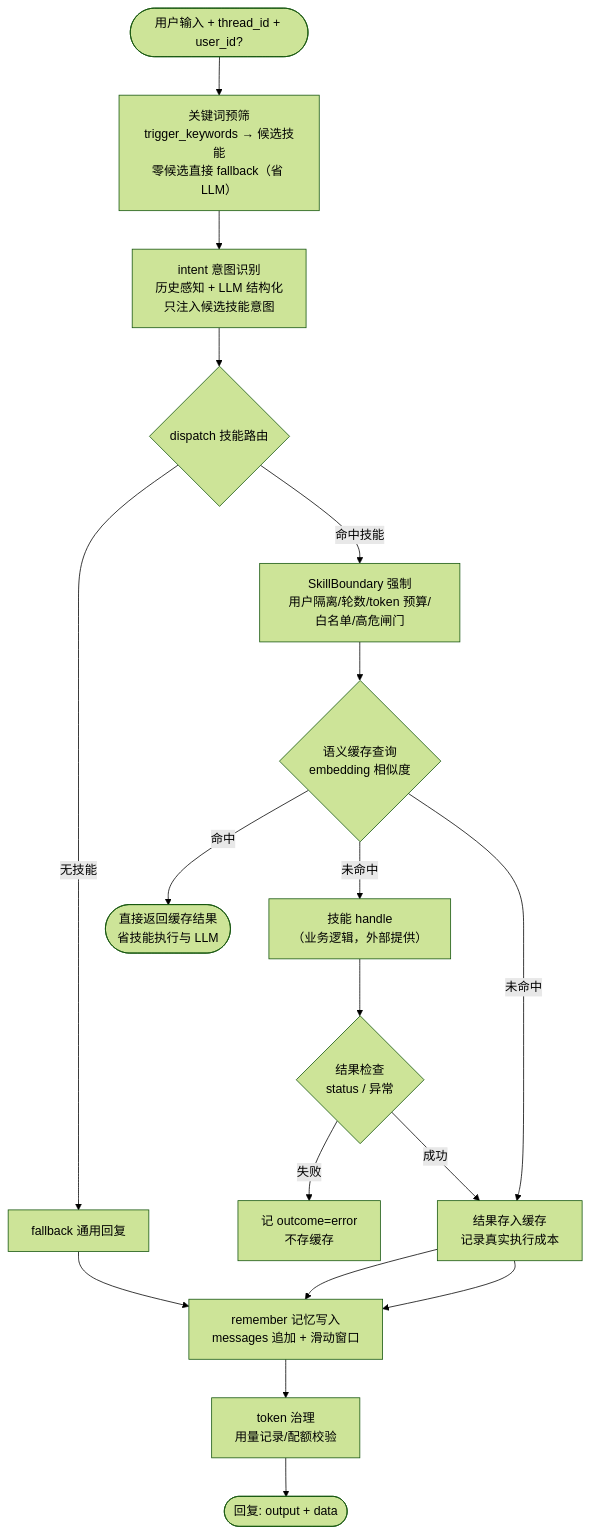
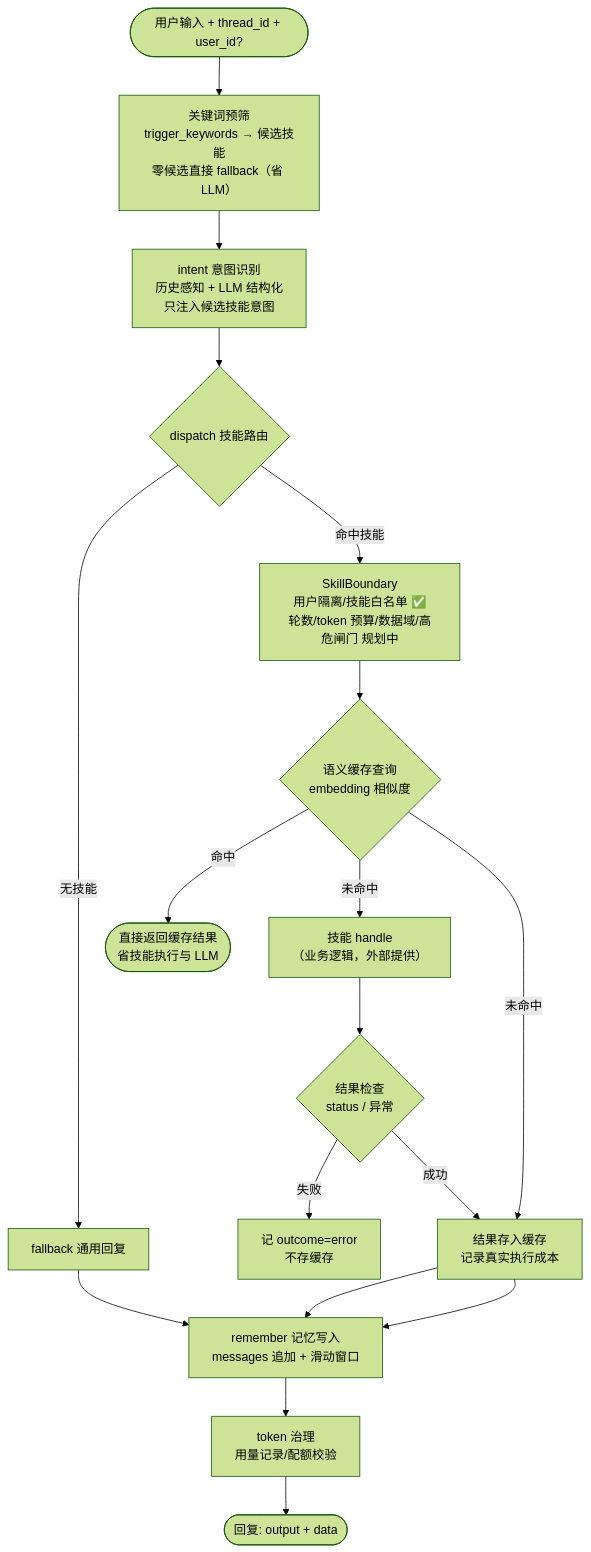
The second of 3 diagrams in docs/ARCHITECTURE.md (benjiaoxz/flyer), drawn with Mermaid (forest theme) before and after one commit. The commit also changed other lines of this file and 10 other files, not shown here.

````diff
--- a/docs/ARCHITECTURE.md
+++ b/docs/ARCHITECTURE.md
@@ -34,20 +34,20 @@
 ```mermaid
 flowchart TD
     IN([用户输入 + thread_id + user_id?]) --> CF[关键词预筛<br/>trigger_keywords → 候选技能<br/>零候选直接 fallback（省 LLM）]
     CF --> I[intent 意图识别<br/>历史感知 + LLM 结构化<br/>只注入候选技能意图]
     I --> R{dispatch 技能路由}
     R -->|无技能| FB[fallback 通用回复]
-    R -->|命中技能| B[SkillBoundary 强制<br/>用户隔离/轮数/token 预算/白名单/高危闸门]
+    R -->|命中技能| B[SkillBoundary<br/>用户隔离/技能白名单 ✅<br/>轮数/token 预算/数据域/高危闸门 规划中]
     B --> C{语义缓存查询<br/>embedding 相似度}
     C -->|命中| OUT2([直接返回缓存结果<br/>省技能执行与 LLM])
     C -->|未命中| H[技能 handle<br/>（业务逻辑，外部提供）]
     H --> O{结果检查<br/>status / 异常}
     O -->|失败| FB2[记 outcome=error<br/>不存缓存]
     O -->|成功| SAVE[结果存入缓存<br/>记录真实执行成本]
     SAVE --> M[remember 记忆写入<br/>messages 追加 + 滑动窗口]
     FB --> M
     C -->|未命中| SAVE[结果存入缓存<br/>记录真实执行成本]
     SAVE --> M
     M --> T[token 治理<br/>用量记录/配额校验]
     T --> OUT([回复: output + data])
 ```
````
